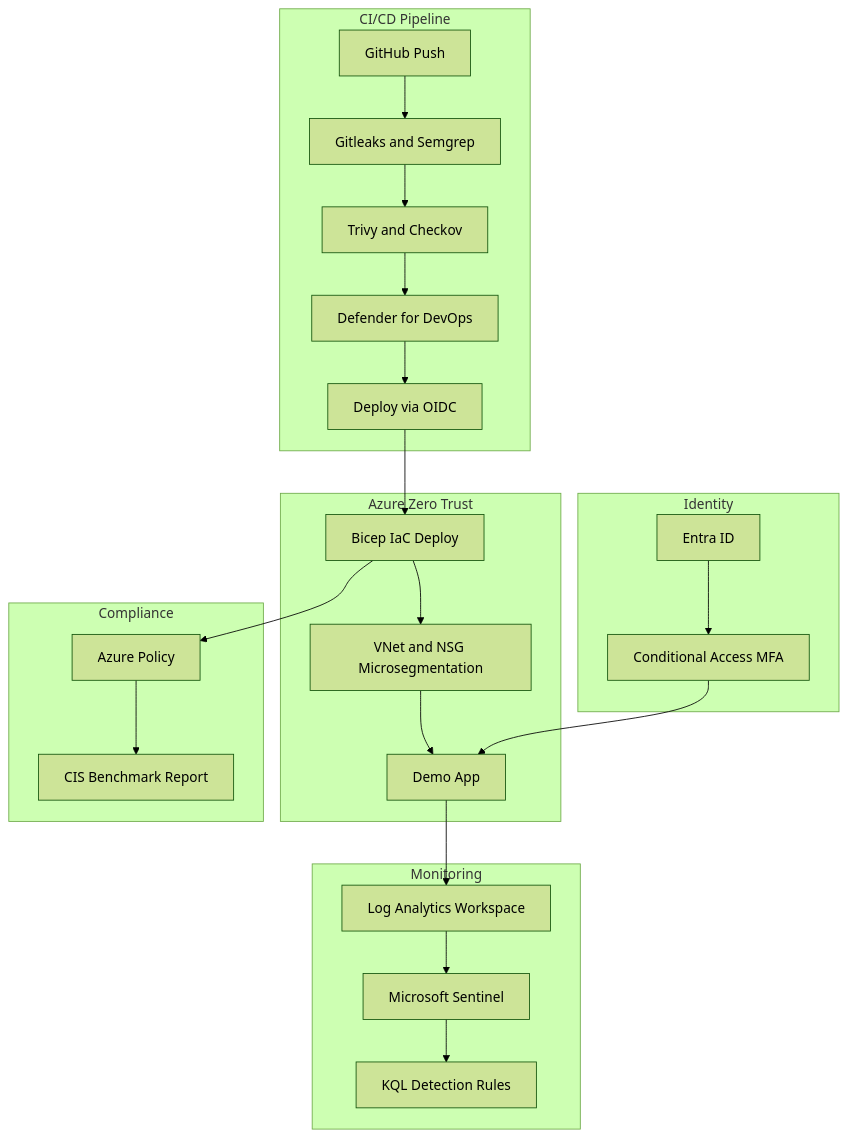
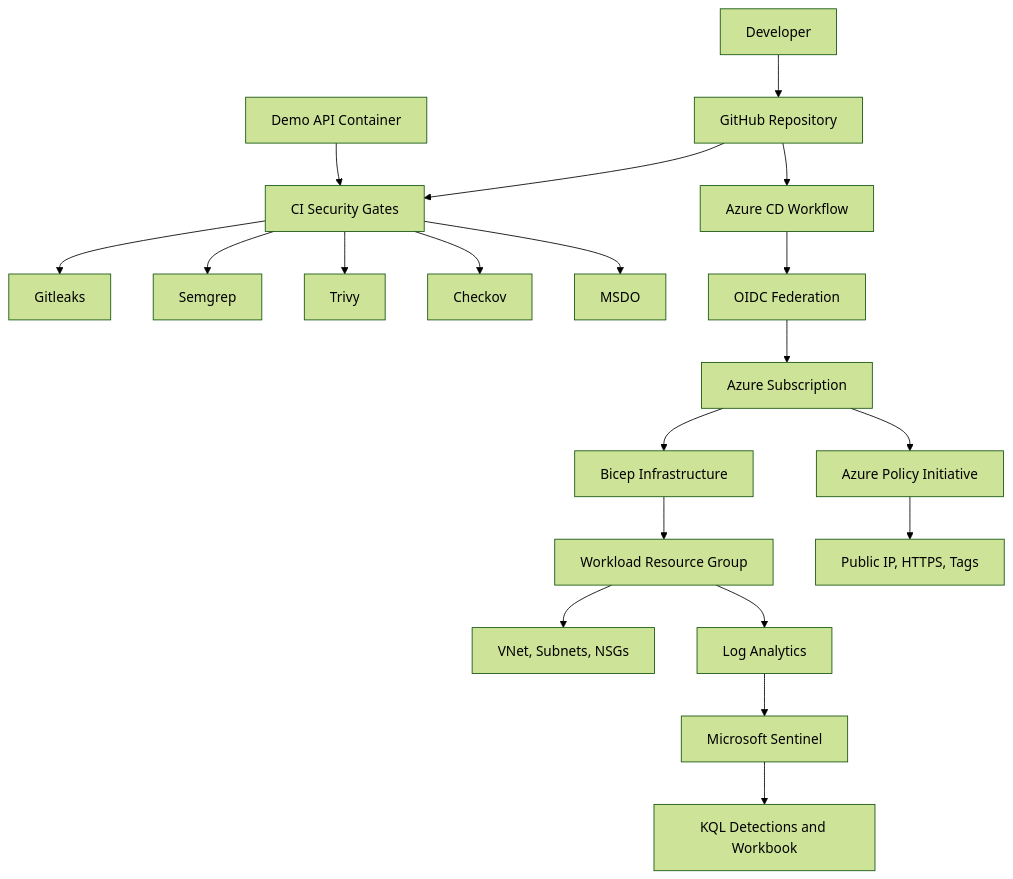
The diagram in README.md (ronnakrit303/azure-zerotrust-pipeline), drawn with Mermaid (forest theme) before and after one commit. The commit also changed other lines of this file, not shown here.

````diff
--- a/README.md
+++ b/README.md
@@ -8,31 +22,25 @@
 ```mermaid
-graph TB
-    subgraph CI_CD[CI/CD Pipeline]
-        A[GitHub Push] --> B[Gitleaks and Semgrep]
-        B --> C[Trivy and Checkov]
-        C --> D[Defender for DevOps]
-        D --> E[Deploy via OIDC]
-    end
+flowchart TB
+    developer[Developer] --> repo[GitHub Repository]
+    repo --> ci[CI Security Gates]
+    ci --> gitleaks[Gitleaks]
+    ci --> semgrep[Semgrep]
+    ci --> trivy[Trivy]
+    ci --> checkov[Checkov]
+    ci --> msdo[MSDO]
 
-    subgraph Azure[Azure Zero Trust]
-        E --> F[Bicep IaC Deploy]
-        F --> G[VNet and NSG Microsegmentation]
-        G --> H[Demo App]
-    end
+    repo --> cd[Azure CD Workflow]
+    cd --> oidc[OIDC Federation]
+    oidc --> azure[Azure Subscription]
 
-    subgraph Identity[Identity]
-        I[Entra ID] --> J[Conditional Access MFA]
-        J --> H
-    end
+    azure --> infra[Bicep Infrastructure]
+    infra --> rg[Workload Resource Group]
+    rg --> network[VNet, Subnets, NSGs]
+    rg --> law[Log Analytics]
+    law --> sentinel[Microsoft Sentinel]
 
-    subgraph Monitoring[Monitoring]
-        H --> K[Log Analytics Workspace]
-        K --> L[Microsoft Sentinel]
-        L --> M[KQL Detection Rules]
-    end
-
-    subgraph Compliance[Compliance]
-        F --> N[Azure Policy]
-        N --> O[CIS Benchmark Report]
-    end
+    azure --> policy[Azure Policy Initiative]
+    policy --> governance[Public IP, HTTPS, Tags]
+    sentinel --> detections[KQL Detections and Workbook]
+    app[Demo API Container] --> ci
 ```
````
